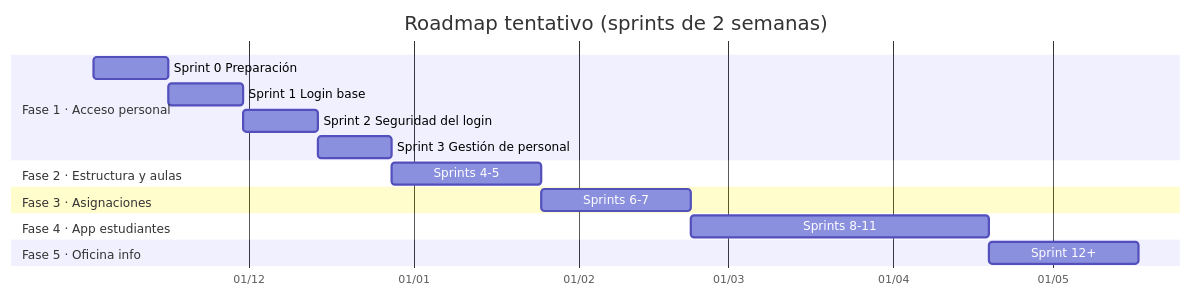
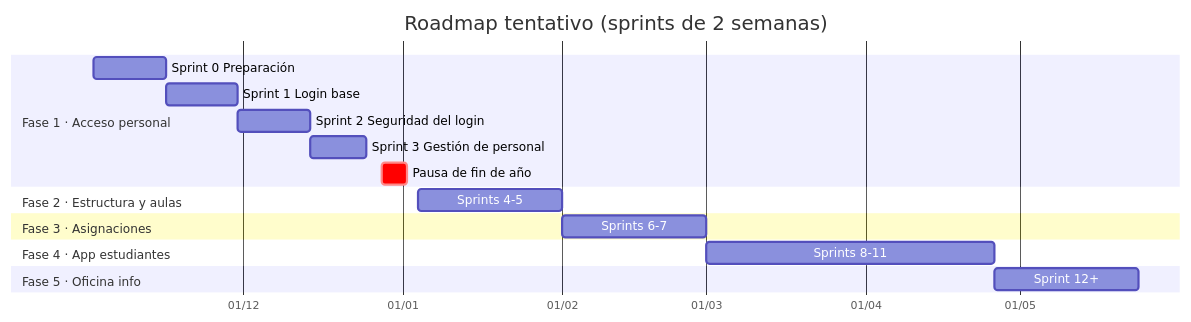
Before and after one commit to tiawanaku/piloto_boliviano_suizo: the diagram in 01-Proyecto/Fases y roadmap.md, drawn with Mermaid. The commit also changed other lines of this file and 24 other files, not shown here.

````diff
--- a/01-Proyecto/Fases y roadmap.md
+++ b/01-Proyecto/Fases y roadmap.md
@@ -37,19 +37,20 @@
 ```mermaid
 gantt
     title Roadmap tentativo (sprints de 2 semanas)
     dateFormat YYYY-MM-DD
     axisFormat %d/%m
     section Fase 1 · Acceso personal
     Sprint 0 Preparación          :s0, 2026-11-02, 14d
     Sprint 1 Login base           :s1, after s0, 14d
     Sprint 2 Seguridad del login  :s2, after s1, 14d
-    Sprint 3 Gestión de personal  :s3, after s2, 14d
+    Sprint 3 Gestión de personal  :s3, after s2, 11d
+    Pausa de fin de año           :crit, pausa, 2026-12-28, 5d
     section Fase 2 · Estructura y aulas
-    Sprints 4-5                   :f2, after s3, 28d
+    Sprints 4-5                   :f2, 2027-01-04, 28d
     section Fase 3 · Asignaciones
     Sprints 6-7                   :f3, after f2, 28d
     section Fase 4 · App estudiantes
     Sprints 8-11                  :f4, after f3, 56d
     section Fase 5 · Oficina info
     Sprint 12+                    :f5, after f4, 28d
 ```
````
